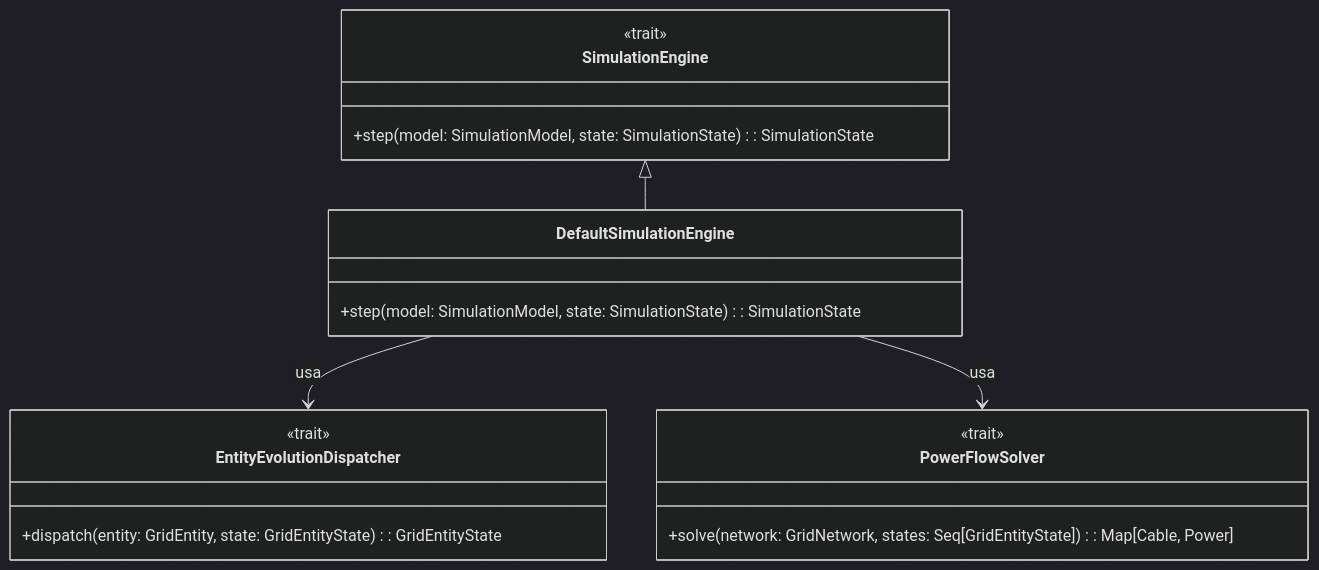
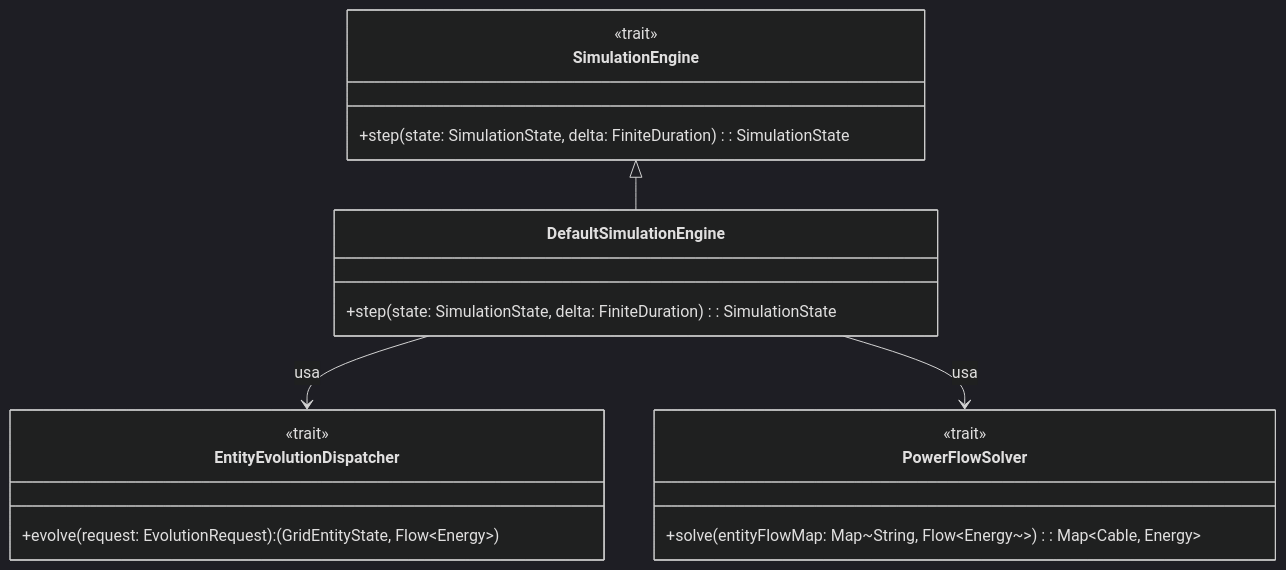
Before and after one commit to bambinim/GridSim: the first of 3 diagrams in docs/05-detailed-design.md, drawn with Mermaid (dark theme). The commit also changed other lines of this file and 1 other file, not shown here.

````diff
--- a/docs/05-detailed-design.md
+++ b/docs/05-detailed-design.md
@@ -69,22 +67,22 @@
 ```mermaid
 classDiagram
     class SimulationEngine {
         <<trait>>
-        +step(model: SimulationModel, state: SimulationState): SimulationState
+        +step(state: SimulationState, delta: FiniteDuration): SimulationState
     }
     class DefaultSimulationEngine {
-        +step(model: SimulationModel, state: SimulationState): SimulationState
+        +step(state: SimulationState, delta: FiniteDuration): SimulationState
     }
     class EntityEvolutionDispatcher {
         <<trait>>
-        +dispatch(entity: GridEntity, state: GridEntityState): GridEntityState
+        +evolve(request: EvolutionRequest): (GridEntityState, Flow~Energy~)
     }
     class PowerFlowSolver {
         <<trait>>
-        +solve(network: GridNetwork, states: Seq[GridEntityState]): Map[Cable, Power]
+        +solve(entityFlowMap: Map~String, Flow~Energy~~): Map~Cable, Energy~
     }
     
     SimulationEngine <|-- DefaultSimulationEngine
     DefaultSimulationEngine --> EntityEvolutionDispatcher : usa
     DefaultSimulationEngine --> PowerFlowSolver : usa
 ```
````
